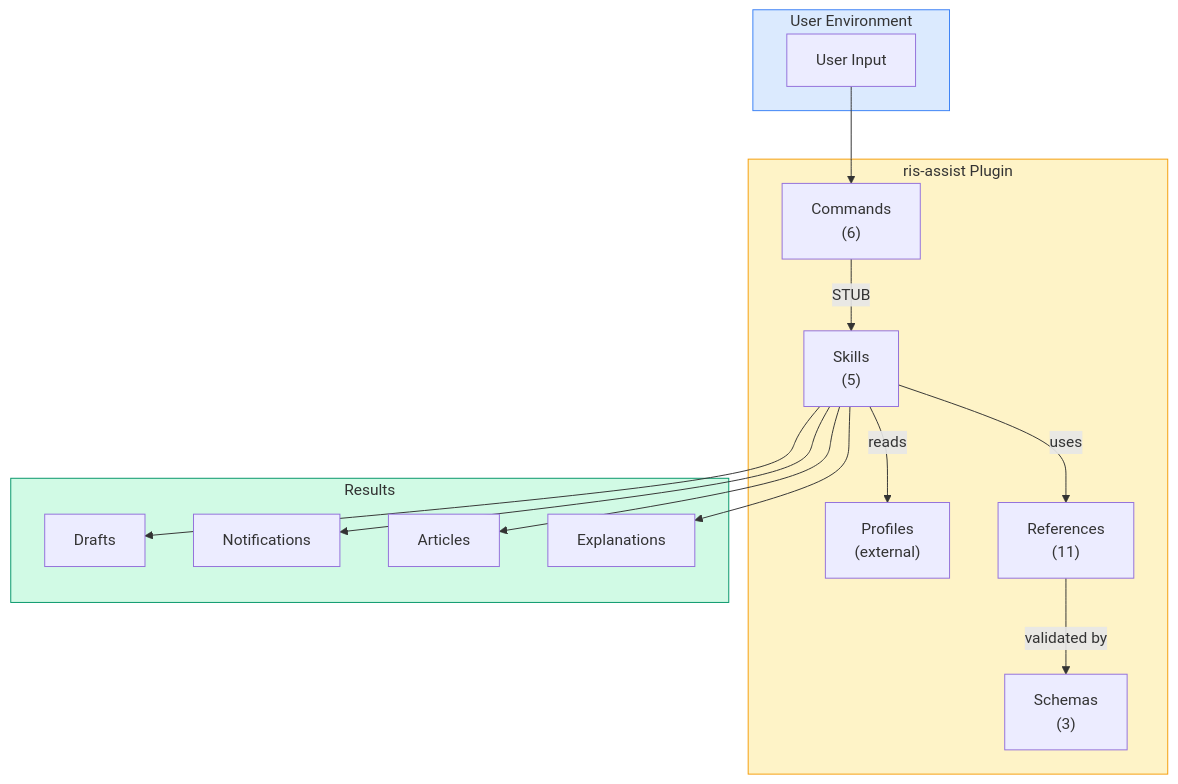
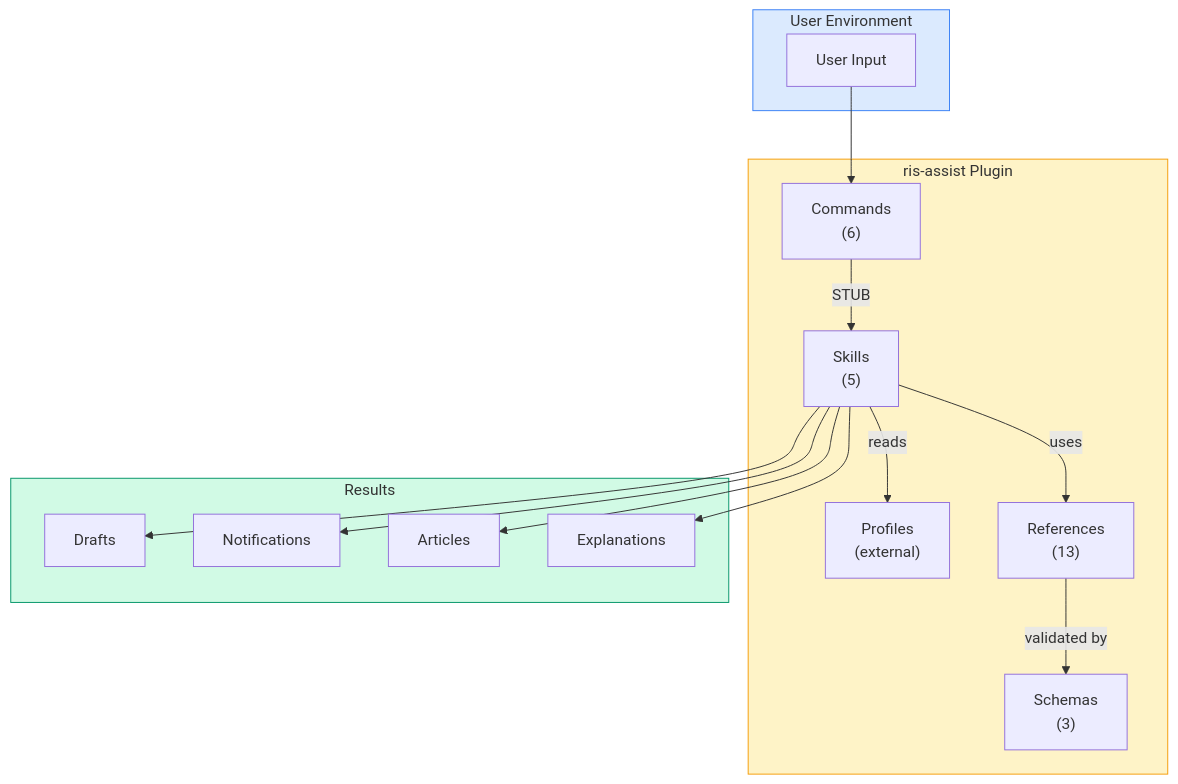
One commit to b08x/ris-assist changed the first of 3 diagrams in docs/CODEBASE-MAP.md. Above: the diagram before and after it, drawn with Mermaid. The commit also changed other lines of this file and 10 other files, not shown here.

First line of the commit message:
🗺️ docs: merge connector + forensics content into ROADMAP.md

````diff
--- a/docs/CODEBASE-MAP.md
+++ b/docs/CODEBASE-MAP.md
@@ -257,25 +257,25 @@
 ```mermaid
 flowchart TD
     subgraph Plugin["ris-assist Plugin"]
         C["Commands\n(6)"] -->|STUB| S["Skills\n(5)"]
         S -->|reads| P["Profiles\n(external)"]
-        S -->|uses| R["References\n(11)"]
+        S -->|uses| R["References\n(13)"]
         R -->|validated by| V["Schemas\n(3)"]
     end
     
     subgraph External["User Environment"]
         P
         U["User Input"] --> C
     end
     
     subgraph Output["Results"]
         S --> O1["Drafts"]
         S --> O2["Notifications"]
         S --> O3["Articles"]
         S --> O4["Explanations"]
     end
     
     style Plugin fill:#fef3c7,stroke:#f59e0b
     style External fill:#dbeafe,stroke:#3b82f6
     style Output fill:#d1fae5,stroke:#059669
 ```
````
